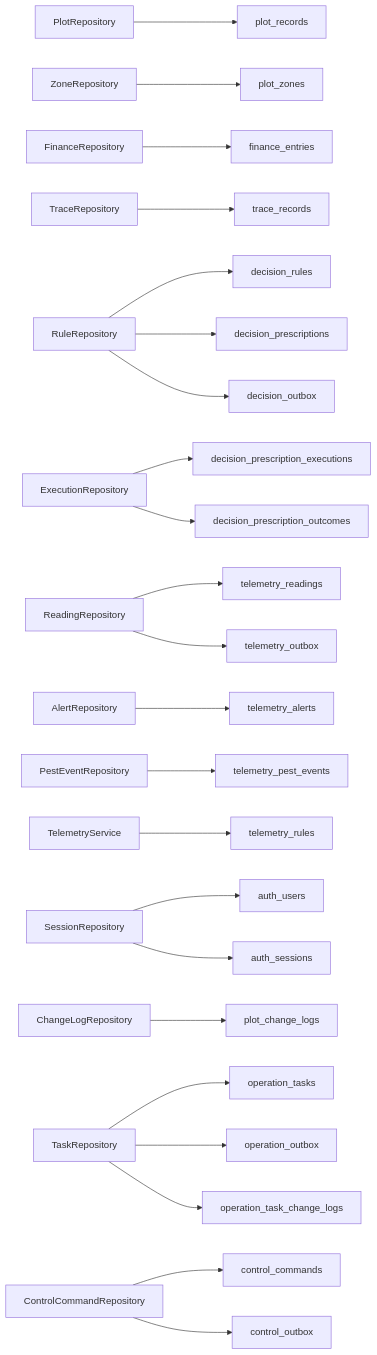
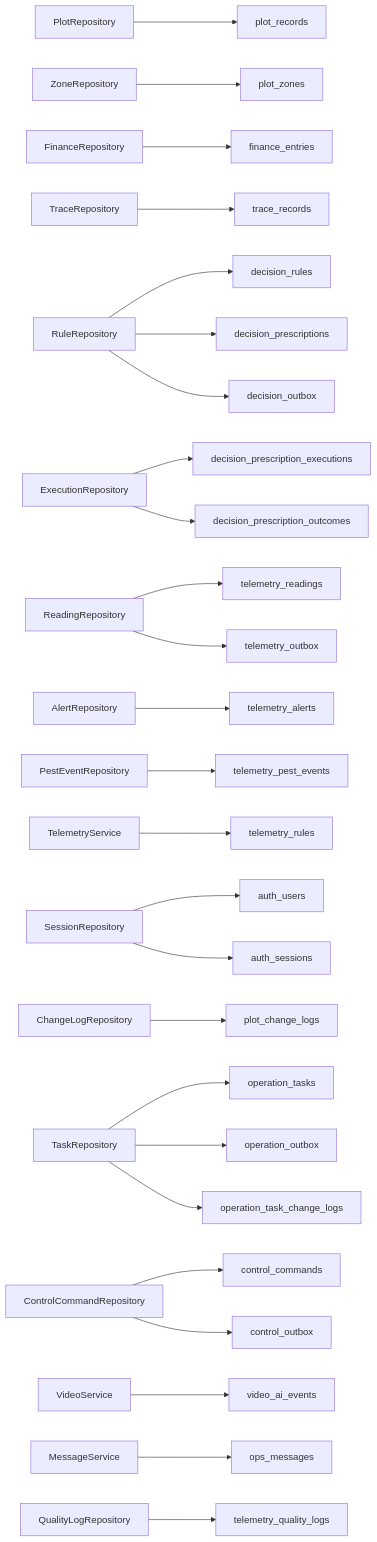
Diagram 20 of 29 in .qoder/repowiki/zh/content/数据库设计/数据库设计.md (q446328246/agri-platform), drawn with Mermaid before and after one commit. The commit also changed other lines of this file and 15 other files, not shown here.

````diff
--- a/.qoder/repowiki/zh/content/数据库设计/数据库设计.md
+++ b/.qoder/repowiki/zh/content/数据库设计/数据库设计.md
@@ -1366,25 +1601,28 @@
 ```mermaid
 graph LR
 PR["PlotRepository"] --> T1["plot_records"]
 ZR["ZoneRepository"] --> T16["plot_zones"]
 FR["FinanceRepository"] --> T2["finance_entries"]
 TR["TraceRepository"] --> T3["trace_records"]
 RR["RuleRepository"] --> T4["decision_rules"]
 RR --> T5["decision_prescriptions"]
 RR --> T10["decision_outbox"]
 ER["ExecutionRepository"] --> T6["decision_prescription_executions"]
 ER --> T7["decision_prescription_outcomes"]
 RL["ReadingRepository"] --> T8["telemetry_readings"]
 AL["AlertRepository"] --> T9["telemetry_alerts"]
 RL --> T11["telemetry_outbox"]
 PE["PestEventRepository"] --> T15["telemetry_pest_events"]
 TRU["TelemetryService"] --> T14["telemetry_rules"]
 SR["SessionRepository"] --> T12["auth_users"]
 SR --> T13["auth_sessions"]
 CLR["ChangeLogRepository"] --> T18["plot_change_logs"]
 TSR["TaskRepository"] --> T19["operation_tasks"]
 TSR --> T20["operation_outbox"]
 TSR --> T23["operation_task_change_logs"]
 CCR["ControlCommandRepository"] --> T21["control_commands"]
 CCR --> T22["control_outbox"]
+VR["VideoService"] --> T24["video_ai_events"]
+MS["MessageService"] --> T25["ops_messages"]
+QL["QualityLogRepository"] --> T26["telemetry_quality_logs"]
 ```
````
